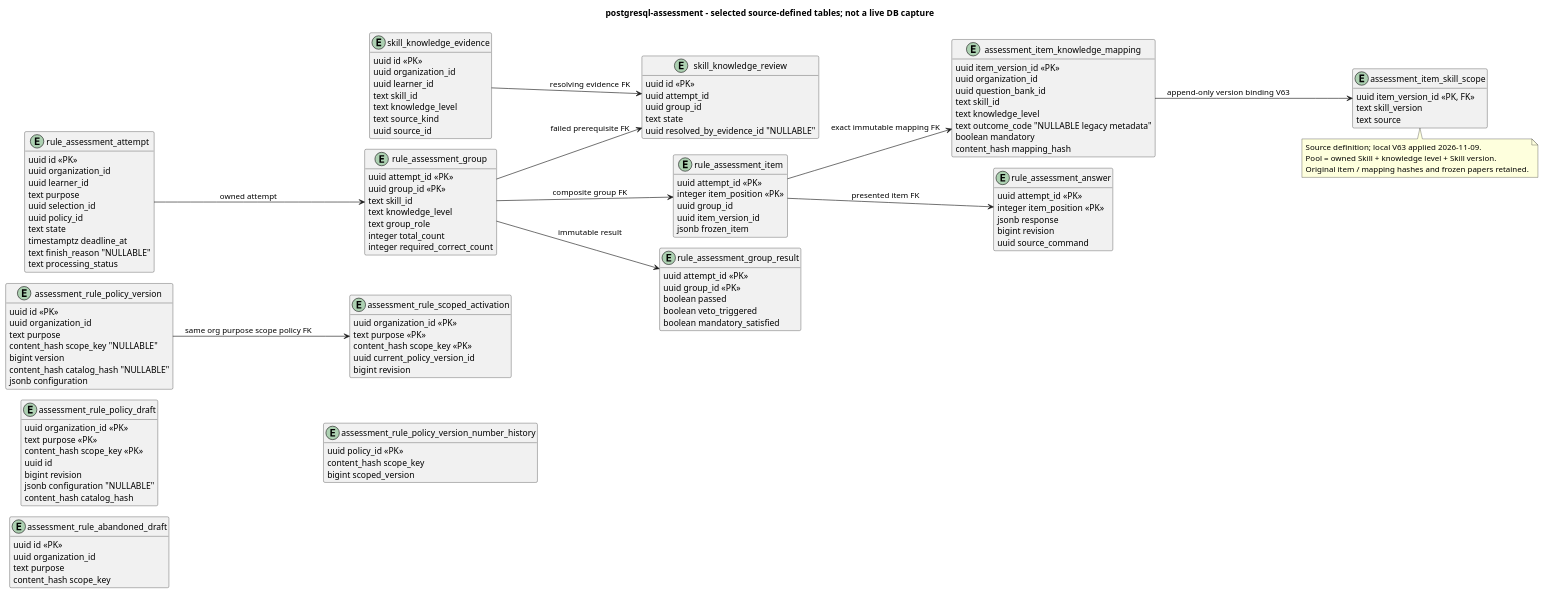
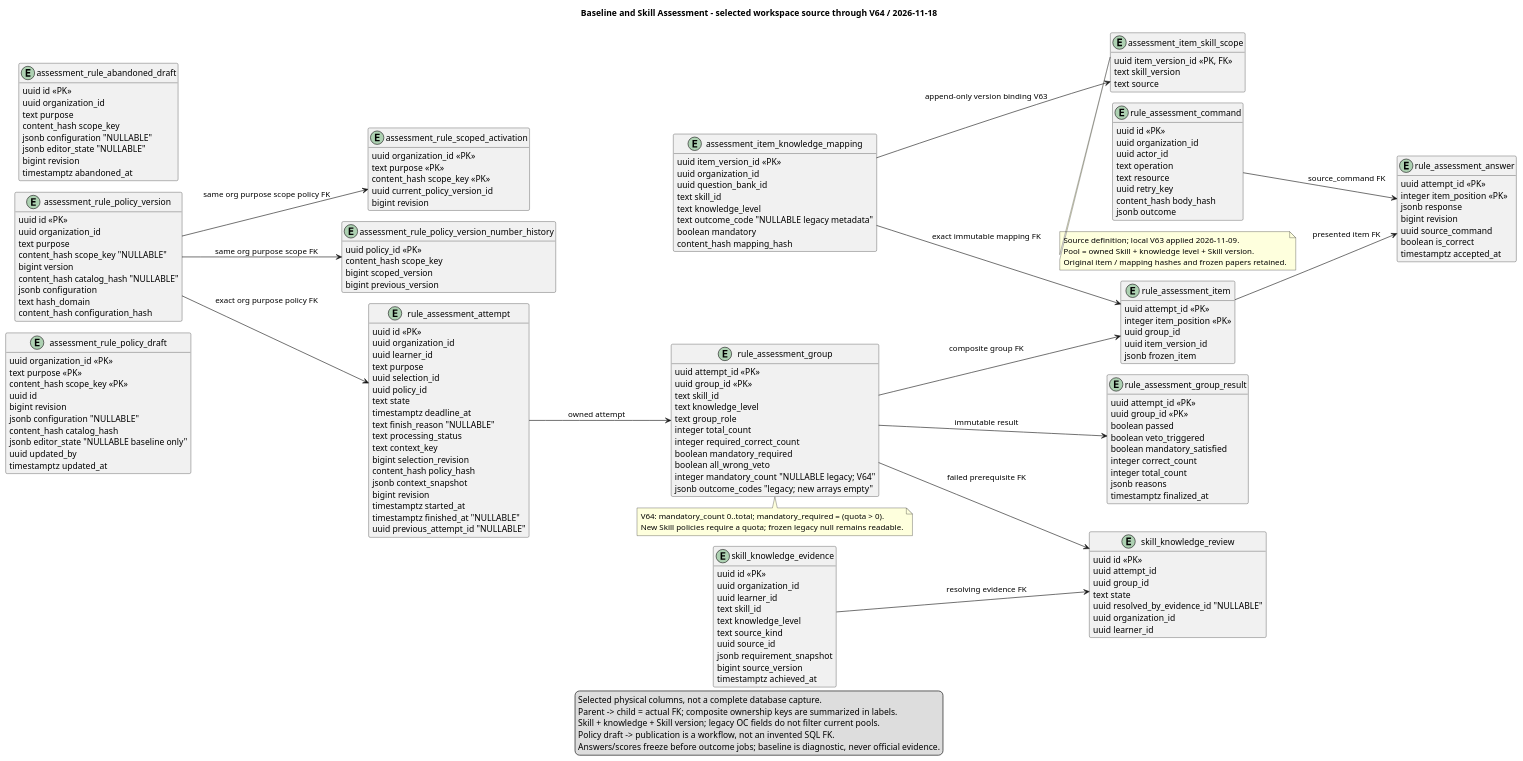
Before and after one commit to SEP490-Fall-2026-GFA26SE64/SEP490: the diagram in documents/diagrams/postgresql-assessment.puml, drawn with PlantUML. The commit also changed 8 other files, not shown here.

Commit message:
docs(schema): synchronize baseline and pathway V64 diagrams

```diff
--- a/documents/diagrams/postgresql-assessment.puml
+++ b/documents/diagrams/postgresql-assessment.puml
@@ -1,131 +1,188 @@
 @startuml
 !pragma layout smetana
 left to right direction
 hide empty members
 skinparam classAttributeIconSize 0
 skinparam shadowing false
-title postgresql-assessment - selected source-defined tables; not a live DB capture
+title Baseline and Skill Assessment - selected workspace source through V64 / 2026-11-18
 entity "assessment_rule_policy_draft" as assessment_rule_policy_draft {
   uuid organization_id <<PK>>
   text purpose <<PK>>
   content_hash scope_key <<PK>>
   uuid id
   bigint revision
   jsonb configuration "NULLABLE"
   content_hash catalog_hash
+  jsonb editor_state "NULLABLE baseline only"
+  uuid updated_by
+  timestamptz updated_at
 }
 entity "assessment_rule_policy_version" as assessment_rule_policy_version {
   uuid id <<PK>>
   uuid organization_id
   text purpose
   content_hash scope_key "NULLABLE"
   bigint version
   content_hash catalog_hash "NULLABLE"
   jsonb configuration
+  text hash_domain
+  content_hash configuration_hash
 }
 entity "assessment_rule_scoped_activation" as assessment_rule_scoped_activation {
   uuid organization_id <<PK>>
   text purpose <<PK>>
   content_hash scope_key <<PK>>
   uuid current_policy_version_id
   bigint revision
 }
 entity "assessment_rule_abandoned_draft" as assessment_rule_abandoned_draft {
   uuid id <<PK>>
   uuid organization_id
   text purpose
   content_hash scope_key
+  jsonb configuration "NULLABLE"
+  jsonb editor_state "NULLABLE"
+  bigint revision
+  timestamptz abandoned_at
 }
 entity "assessment_rule_policy_version_number_history" as assessment_rule_policy_version_number_history {
   uuid policy_id <<PK>>
   content_hash scope_key
   bigint scoped_version
+  bigint previous_version
 }
 assessment_rule_policy_version --> assessment_rule_scoped_activation : same org purpose scope policy FK
 entity "assessment_item_knowledge_mapping" as assessment_item_knowledge_mapping {
   uuid item_version_id <<PK>>
   uuid organization_id
   uuid question_bank_id
   text skill_id
   text knowledge_level
   text outcome_code "NULLABLE legacy metadata"
   boolean mandatory
   content_hash mapping_hash
 }
 entity "assessment_item_skill_scope" as assessment_item_skill_scope {
   uuid item_version_id <<PK, FK>>
   text skill_version
   text source
 }
 assessment_item_knowledge_mapping --> assessment_item_skill_scope : append-only version binding V63
 note bottom of assessment_item_skill_scope
   Source definition; local V63 applied 2026-11-09.
   Pool = owned Skill + knowledge level + Skill version.
   Original item / mapping hashes and frozen papers retained.
 end note
 entity "rule_assessment_attempt" as rule_assessment_attempt {
   uuid id <<PK>>
   uuid organization_id
   uuid learner_id
   text purpose
   uuid selection_id
   uuid policy_id
   text state
   timestamptz deadline_at
   text finish_reason "NULLABLE"
   text processing_status
+  text context_key
+  bigint selection_revision
+  content_hash policy_hash
+  jsonb context_snapshot
+  bigint revision
+  timestamptz started_at
+  timestamptz finished_at "NULLABLE"
+  uuid previous_attempt_id "NULLABLE"
 }
 entity "rule_assessment_group" as rule_assessment_group {
   uuid attempt_id <<PK>>
   uuid group_id <<PK>>
   text skill_id
   text knowledge_level
   text group_role
   integer total_count
   integer required_correct_count
+  boolean mandatory_required
+  boolean all_wrong_veto
+  integer mandatory_count "NULLABLE legacy; V64"
+  jsonb outcome_codes "legacy; new arrays empty"
 }
 entity "rule_assessment_item" as rule_assessment_item {
   uuid attempt_id <<PK>>
   integer item_position <<PK>>
   uuid group_id
   uuid item_version_id
   jsonb frozen_item
 }
 entity "rule_assessment_answer" as rule_assessment_answer {
   uuid attempt_id <<PK>>
   integer item_position <<PK>>
   jsonb response
   bigint revision
   uuid source_command
+  boolean is_correct
+  timestamptz accepted_at
 }
 entity "rule_assessment_group_result" as rule_assessment_group_result {
   uuid attempt_id <<PK>>
   uuid group_id <<PK>>
   boolean passed
   boolean veto_triggered
   boolean mandatory_satisfied
+  integer correct_count
+  integer total_count
+  jsonb reasons
+  timestamptz finalized_at
 }
 entity "skill_knowledge_evidence" as skill_knowledge_evidence {
   uuid id <<PK>>
   uuid organization_id
   uuid learner_id
   text skill_id
   text knowledge_level
   text source_kind
   uuid source_id
+  jsonb requirement_snapshot
+  bigint source_version
+  timestamptz achieved_at
 }
 entity "skill_knowledge_review" as skill_knowledge_review {
   uuid id <<PK>>
   uuid attempt_id
   uuid group_id
   text state
   uuid resolved_by_evidence_id "NULLABLE"
+  uuid organization_id
+  uuid learner_id
 }
 rule_assessment_attempt --> rule_assessment_group : owned attempt
 rule_assessment_group --> rule_assessment_item : composite group FK
-rule_assessment_item --> assessment_item_knowledge_mapping : exact immutable mapping FK
+assessment_item_knowledge_mapping --> rule_assessment_item : exact immutable mapping FK
 rule_assessment_item --> rule_assessment_answer : presented item FK
 rule_assessment_group --> rule_assessment_group_result : immutable result
 rule_assessment_group --> skill_knowledge_review : failed prerequisite FK
 skill_knowledge_evidence --> skill_knowledge_review : resolving evidence FK
+entity "rule_assessment_command" as rule_assessment_command {
+  uuid id <<PK>>
+  uuid organization_id
+  uuid actor_id
+  text operation
+  text resource
+  uuid retry_key
+  content_hash body_hash
+  jsonb outcome
+}
+assessment_rule_policy_version --> rule_assessment_attempt : exact org purpose policy FK
+assessment_rule_policy_version --> assessment_rule_policy_version_number_history : same org purpose scope FK
+rule_assessment_command --> rule_assessment_answer : source_command FK
+note bottom of rule_assessment_group
+  V64: mandatory_count 0..total; mandatory_required = (quota > 0).
+  New Skill policies require a quota; frozen legacy null remains readable.
+end note
+legend bottom
+  Selected physical columns, not a complete database capture.
+  Parent -> child = actual FK; composite ownership keys are summarized in labels.
+  Skill + knowledge + Skill version; legacy OC fields do not filter current pools.
+  Policy draft -> publication is a workflow, not an invented SQL FK.
+  Answers/scores freeze before outcome jobs; baseline is diagnostic, never official evidence.
+endlegend
 @enduml
```
